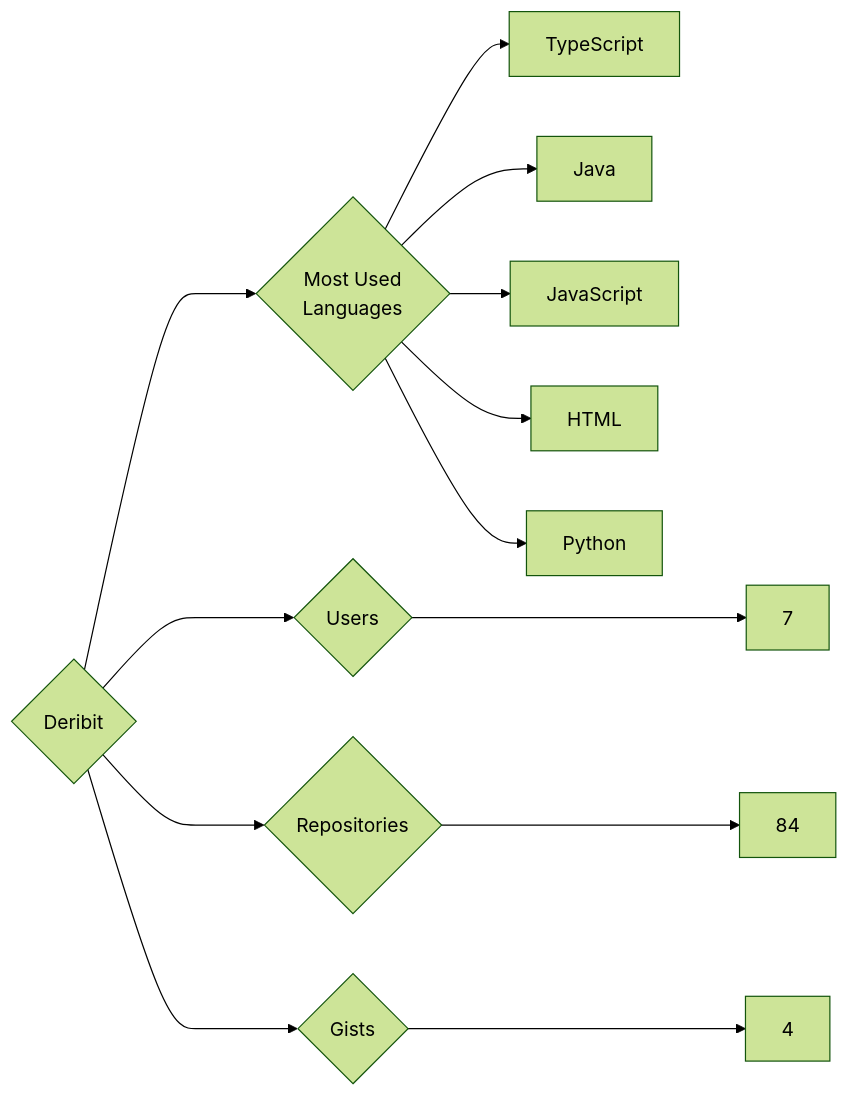
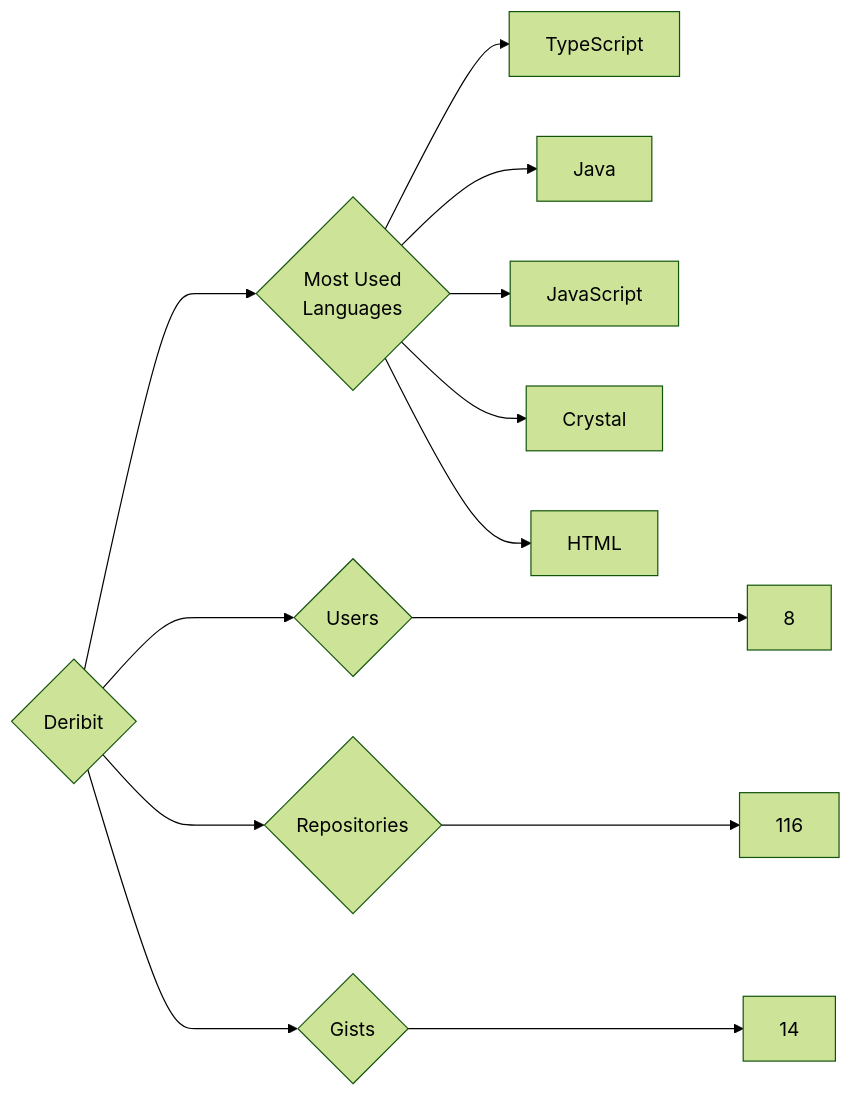
Before and after one commit to trickest/insiders: the diagram in targets/Deribit/README.md, drawn with Mermaid (forest theme). The commit also changed 1003 other files, not shown here.

````diff
--- a/targets/Deribit/README.md
+++ b/targets/Deribit/README.md
@@ -3,13 +3,13 @@
 ```mermaid
 graph LR
 COMPANY_NAME{Deribit}
-COMPANY_NAME ---> U{Users} ---> UN[7]
-COMPANY_NAME ---> R{Repositories} ---> RN[84]
-COMPANY_NAME ---> G{Gists} ---> GN[4]
+COMPANY_NAME ---> U{Users} ---> UN[8]
+COMPANY_NAME ---> R{Repositories} ---> RN[116]
+COMPANY_NAME ---> G{Gists} ---> GN[14]
 COMPANY_NAME ---> ML{Most Used<br>Languages}
 ML --> TypeScript[TypeScript]
 ML --> Java[Java]
 ML --> JavaScript[JavaScript]
+ML --> Crystal[Crystal]
 ML --> HTML[HTML]
-ML --> Python[Python]
 ```
````
